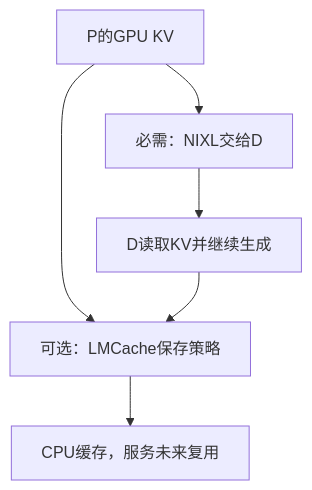
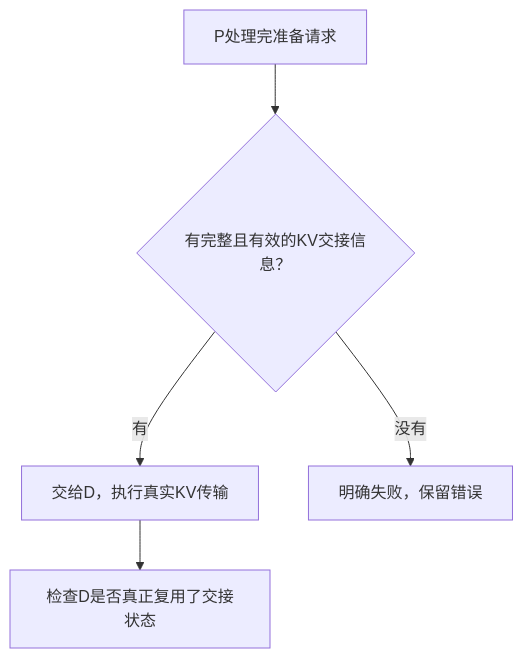
One commit to emprorsky/vllm_xxy changed diagram 28 of 34 in Documents_xxy/20261019最终面试向理解文档.md. Above: the diagram before and after it, drawn with Mermaid. The commit also changed other lines of this file and 9 other files, not shown here.

````diff
--- a/Documents_xxy/20261019最终面试向理解文档.md
+++ b/Documents_xxy/20261019最终面试向理解文档.md
@@ -1561,8 +1570,7 @@
 ```mermaid
 flowchart TB
-    P["P的GPU KV"] --> N["必需：NIXL交给D"]
-    N --> D["D读取KV并继续生成"]
-    P --> O["可选：LMCache保存策略"]
-    D --> O
-    O --> H["CPU缓存，服务未来复用"]
+    A["P处理完准备请求"] --> B{"有完整且有效的KV交接信息？"}
+    B -->|"有"| C["交给D，执行真实KV传输"]
+    B -->|"没有"| D["明确失败，保留错误"]
+    C --> E["检查D是否真正复用了交接状态"]
 ```
````
